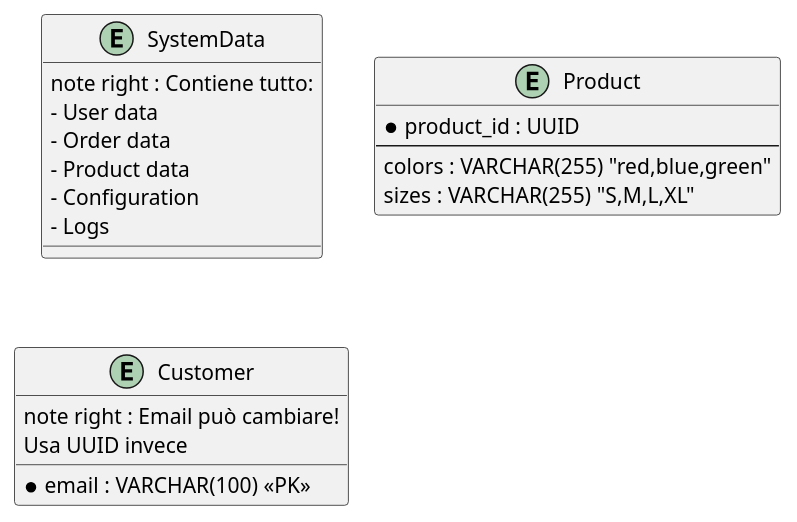
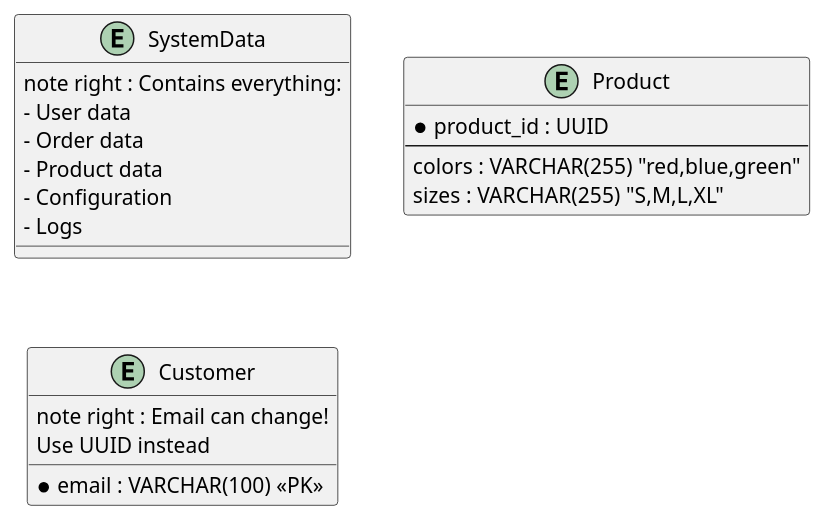
One commit to Seniorsimo/sas-template changed diagram 18 of 26 in 05-database-design/er-diagram/README.md. Above: the diagram before and after it, drawn with PlantUML. The commit also changed other lines of this file and 49 other files, not shown here.

````diff
--- a/05-database-design/er-diagram/README.md
+++ b/05-database-design/er-diagram/README.md
@@ -412,20 +412,20 @@
 ```plantuml
-' ❌ Entità "God Table"
+' ❌ "God Table" Entity
 entity SystemData {
-  note right : Contiene tutto:\n- User data\n- Order data\n- Product data\n- Configuration\n- Logs
+  note right : Contains everything:\n- User data\n- Order data\n- Product data\n- Configuration\n- Logs
 }
 
-' ❌ Attributi multivalore
+' ❌ Multivalued Attributes
 entity Product {
   * product_id : UUID
   --
   colors : VARCHAR(255) "red,blue,green"
   sizes : VARCHAR(255) "S,M,L,XL"
 }
 
-' ❌ Chiavi naturali instabili
+' ❌ Unstable Natural Keys
 entity Customer {
   * email : VARCHAR(100) <<PK>>
-  note right : Email può cambiare!\nUsa UUID invece
+  note right : Email can change!\nUse UUID instead
 }
 ```
````
